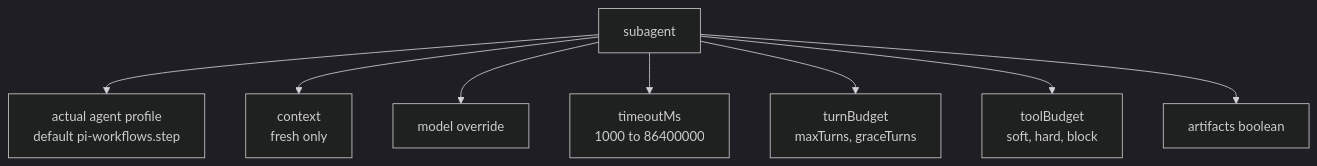
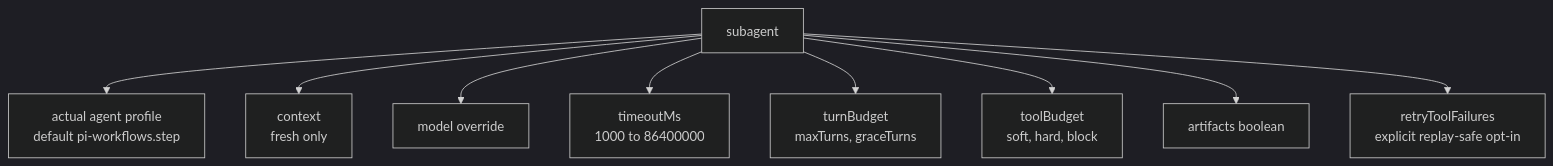
The sixth of 7 diagrams in openwiki/authoring/workflow-files.md (wichayutdew/pi-workflows), drawn with Mermaid (dark theme) before and after one commit. The commit also changed other lines of this file and 32 other files, not shown here.

````diff
--- a/openwiki/authoring/workflow-files.md
+++ b/openwiki/authoring/workflow-files.md
@@ -190,10 +191,11 @@
 ```mermaid
 flowchart TD
   Subagent[subagent] --> Profile[actual agent profile<br/>default pi-workflows.step]
   Subagent --> Context[context<br/>fresh only]
   Subagent --> Model[model override]
   Subagent --> Timeout[timeoutMs<br/>1000 to 86400000]
   Subagent --> TurnBudget[turnBudget<br/>maxTurns, graceTurns]
   Subagent --> ToolBudget[toolBudget<br/>soft, hard, block]
   Subagent --> Artifacts[artifacts boolean]
+  Subagent --> Retry[retryToolFailures<br/>explicit replay-safe opt-in]
 ```
````
